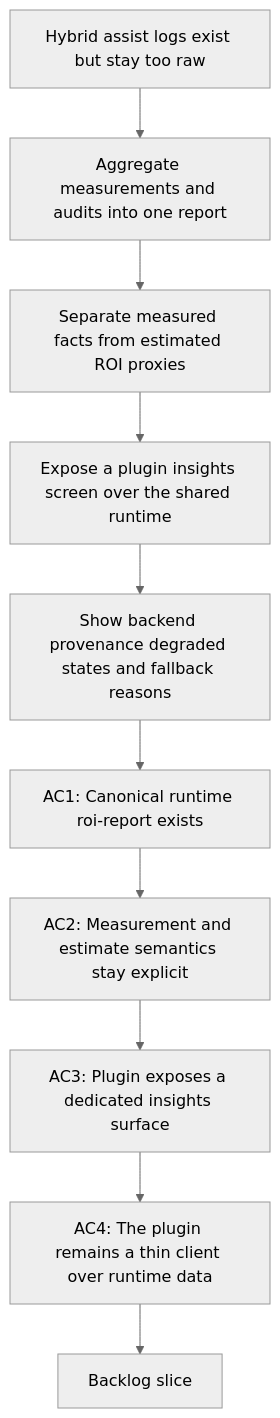
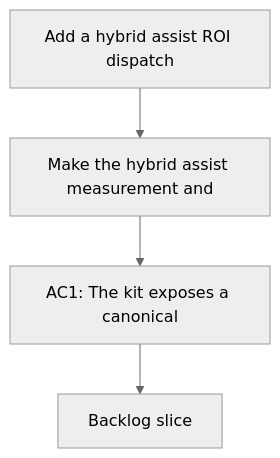
Before and after one commit to AlexAgo83/logics-manager: the diagram in logics/request/req_098_add_a_hybrid_assist_roi_dispatch_report_with_runtime_aggregation_and_plugin_insights.md, drawn with Mermaid (neutral theme). The commit also changed 481 other files, not shown here.

````diff
--- a/logics/request/req_098_add_a_hybrid_assist_roi_dispatch_report_with_runtime_aggregation_and_plugin_insights.md
+++ b/logics/request/req_098_add_a_hybrid_assist_roi_dispatch_report_with_runtime_aggregation_and_plugin_insights.md
@@ -46,14 +46,8 @@
 ```mermaid
 %% logics-kind: request
 %% logics-signature: request|add-a-hybrid-assist-roi-dispatch-report-|make-the-hybrid-assist-measurement-and|ac1-the-kit-exposes-a-canonical
 flowchart TD
-    Trigger[Hybrid assist logs exist but stay too raw] --> Aggregate[Aggregate measurements and audits into one report]
-    Aggregate --> Label[Separate measured facts from estimated ROI proxies]
-    Label --> Surface[Expose a plugin insights screen over the shared runtime]
-    Surface --> Trust[Show backend provenance degraded states and fallback reasons]
-    Trust --> AC1[AC1: Canonical runtime roi-report exists]
-    AC1 --> AC2[AC2: Measurement and estimate semantics stay explicit]
-    AC2 --> AC3[AC3: Plugin exposes a dedicated insights surface]
-    AC3 --> AC4[AC4: The plugin remains a thin client over runtime data]
-    AC4 --> Backlog[Backlog slice]
+    Trigger[Add a hybrid assist ROI dispatch] --> Need[Make the hybrid assist measurement and]
+    Need --> Outcome[AC1: The kit exposes a canonical]
+    Outcome --> Backlog[Backlog slice]
 ```
````
